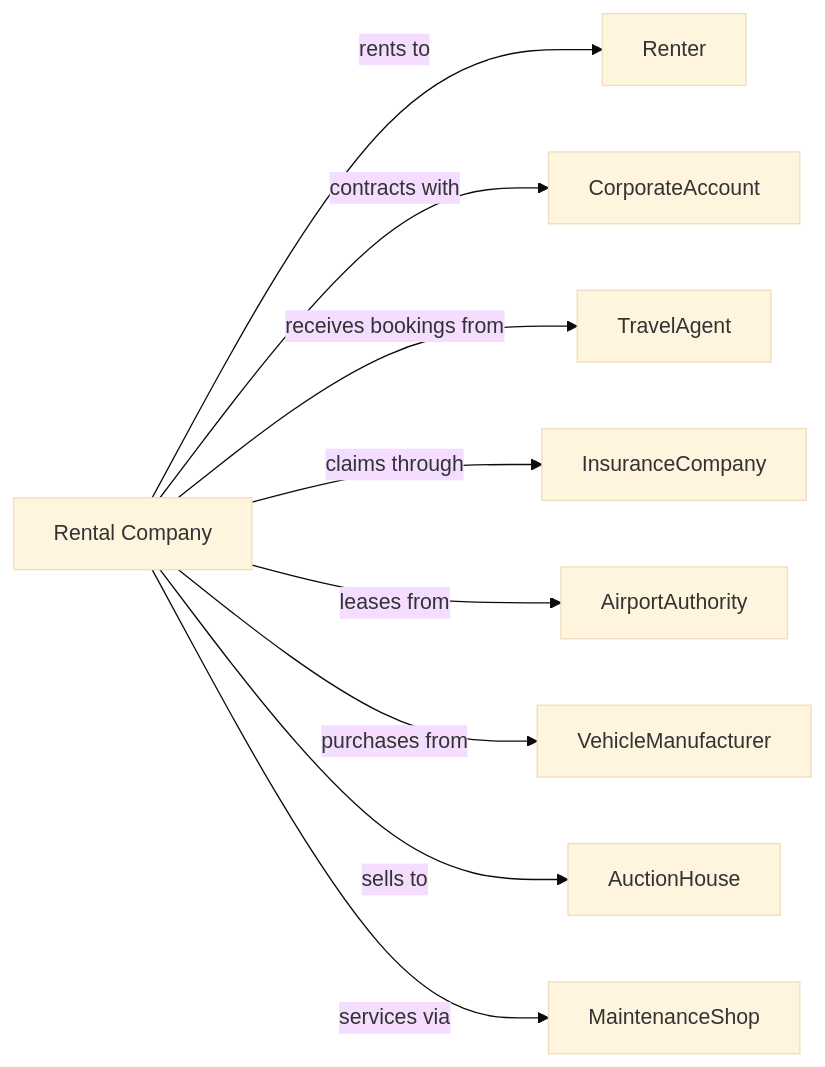
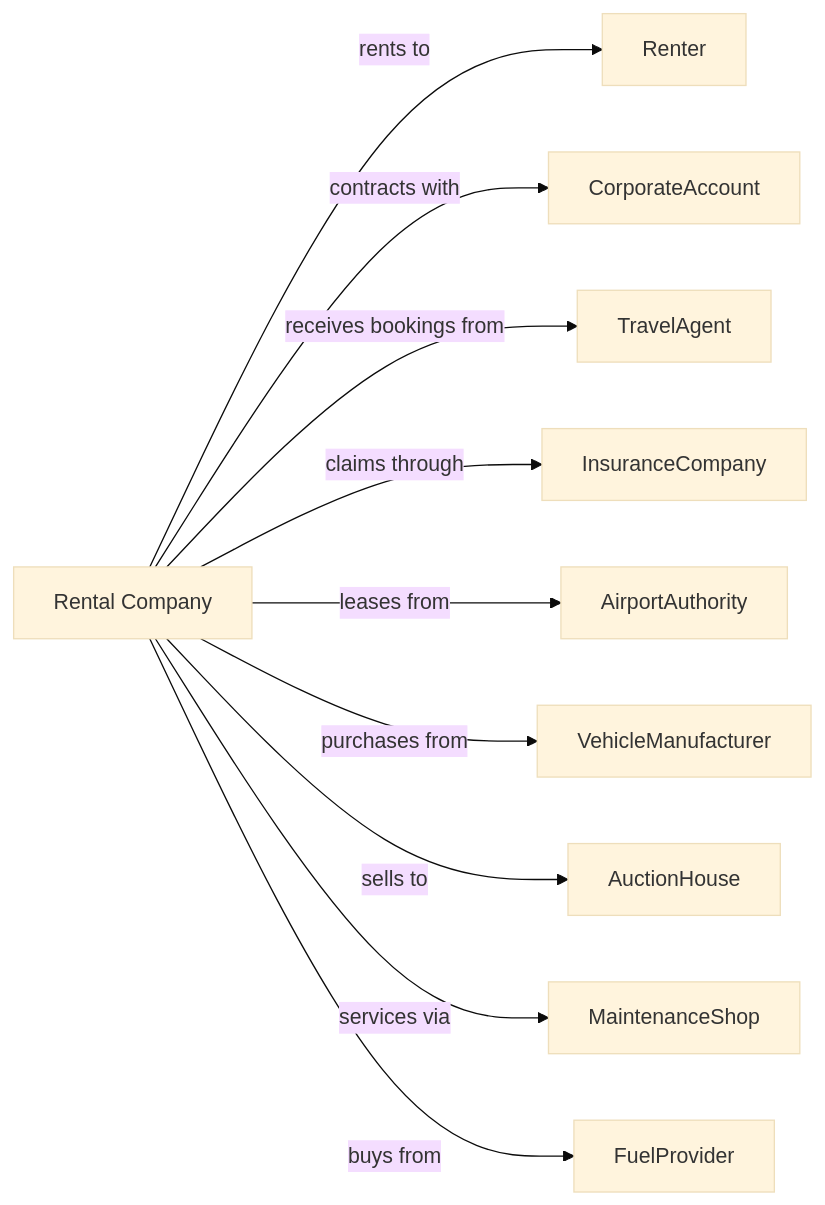
One commit to dot-org-ai/industries.org.ai changed the second of 2 diagrams in RealEstate/RentalAndLeasingServices/AutomotiveEquipmentRentalAndLeasing/PassengerCarRental.mdx. Above: the diagram before and after it, drawn with Mermaid (base theme). The commit also changed other lines of this file and 588 other files, not shown here.

````diff
--- a/RealEstate/RentalAndLeasingServices/AutomotiveEquipmentRentalAndLeasing/PassengerCarRental.mdx
+++ b/RealEstate/RentalAndLeasingServices/AutomotiveEquipmentRentalAndLeasing/PassengerCarRental.mdx
@@ -133,13 +133,14 @@
 ```mermaid
 graph LR
     R[Rental Company]
 
     R -->|rents to| Renter
     R -->|contracts with| CorporateAccount
     R -->|receives bookings from| TravelAgent
     R -->|claims through| InsuranceCompany
     R -->|leases from| AirportAuthority
     R -->|purchases from| VehicleManufacturer
     R -->|sells to| AuctionHouse
     R -->|services via| MaintenanceShop
+    R -->|buys from| FuelProvider
 ```
````
